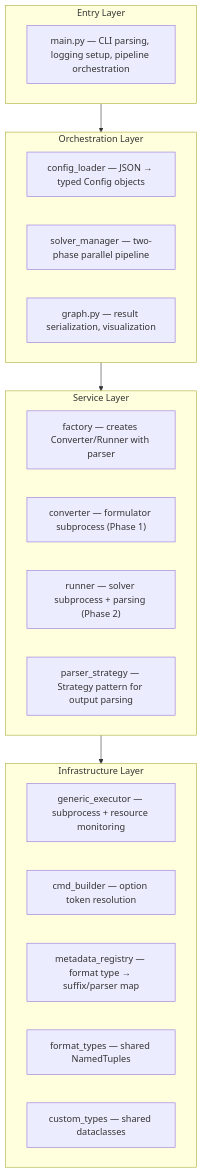
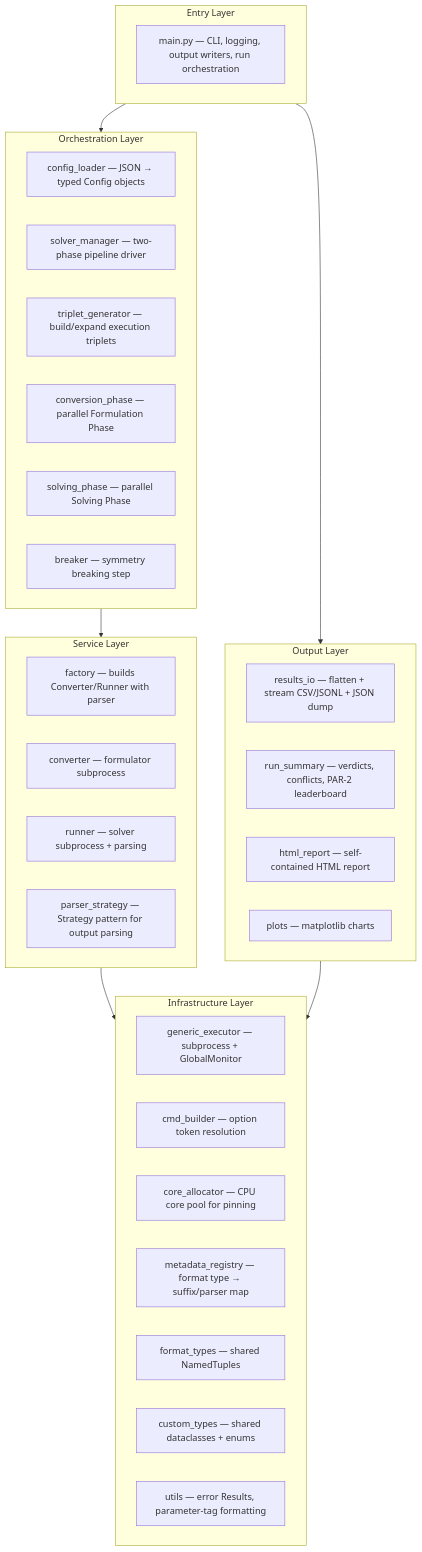
The second of 5 diagrams in ARCHITECTURE.md (Fremal31/Comparison-of-SAT-solvers-in-combinatorics), drawn with Mermaid before and after one commit. The commit also changed other lines of this file and 1 other file, not shown here.

Commit message:
updated README and ARCHITECTURE

````diff
--- a/ARCHITECTURE.md
+++ b/ARCHITECTURE.md
@@ -94,29 +124,43 @@
 ```mermaid
 graph TD
     subgraph Entry["Entry Layer"]
-        main["main.py — CLI parsing, logging setup, pipeline orchestration"]
+        main["main.py — CLI, logging, output writers, run orchestration"]
     end
 
     subgraph Orchestration["Orchestration Layer"]
         cl["config_loader — JSON → typed Config objects"]
-        sm["solver_manager — two-phase parallel pipeline"]
-        gr["graph.py — result serialization, visualization"]
+        sm["solver_manager — two-phase pipeline driver"]
+        tg["triplet_generator — build/expand execution triplets"]
+        cp["conversion_phase — parallel Formulation Phase"]
+        sp["solving_phase — parallel Solving Phase"]
+        br["breaker — symmetry breaking step"]
     end
 
     subgraph Service["Service Layer"]
-        fa["factory — creates Converter/Runner with parser"]
-        co["converter — formulator subprocess (Phase 1)"]
-        ru["runner — solver subprocess + parsing (Phase 2)"]
+        fa["factory — builds Converter/Runner with parser"]
+        co["converter — formulator subprocess"]
+        ru["runner — solver subprocess + parsing"]
         ps["parser_strategy — Strategy pattern for output parsing"]
     end
 
+    subgraph Output["Output Layer"]
+        rio["results_io — flatten + stream CSV/JSONL + JSON dump"]
+        rs["run_summary — verdicts, conflicts, PAR-2 leaderboard"]
+        hr["html_report — self-contained HTML report"]
+        pl["plots — matplotlib charts"]
+    end
+
     subgraph Infrastructure["Infrastructure Layer"]
-        ge["generic_executor — subprocess + resource monitoring"]
+        ge["generic_executor — subprocess + GlobalMonitor"]
         cb["cmd_builder — option token resolution"]
+        ca["core_allocator — CPU core pool for pinning"]
         mr["metadata_registry — format type → suffix/parser map"]
         ft["format_types — shared NamedTuples"]
-        ct["custom_types — shared dataclasses"]
+        ct["custom_types — shared dataclasses + enums"]
+        ut["utils — error Results, parameter-tag formatting"]
     end
 
     Entry --> Orchestration --> Service --> Infrastructure
+    Entry --> Output
+    Output --> Infrastructure
 ```
````
